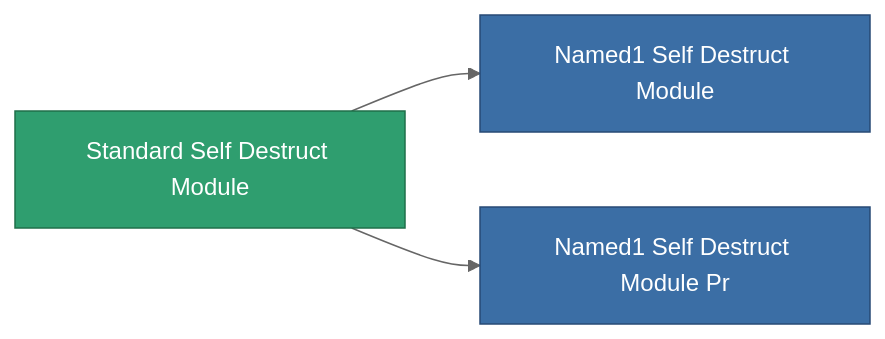
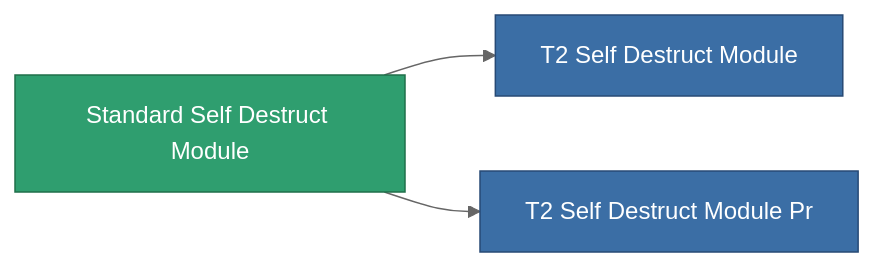
The diagram in content/content/items/standard_self_destruct_module.md (OpenPerpetuum/Wiki), drawn with Mermaid (neutral theme) before and after one commit. The commit also changed other lines of this file and 4904 other files, not shown here.

````diff
--- a/content/content/items/standard_self_destruct_module.md
+++ b/content/content/items/standard_self_destruct_module.md
@@ -57,13 +45,13 @@
 ```mermaid
 graph LR
     a["Standard Self Destruct Module"]:::current
-    b["Named1 Self Destruct Module"]:::prod
+    b["T2 Self Destruct Module"]:::prod
     a --> b
-    click b "/content/items/named1-self-destruct-module/" "Named1 Self Destruct Module"
-    c["Named1 Self Destruct Module Pr"]:::prod
+    click b "/content/items/named1-self-destruct-module/" "T2 Self Destruct Module"
+    c["T2 Self Destruct Module Pr"]:::prod
     a --> c
-    click c "/content/items/named1-self-destruct-module-pr/" "Named1 Self Destruct Module Pr"
+    click c "/content/items/named1-self-destruct-module-pr/" "T2 Self Destruct Module Pr"
     classDef current fill:#2f9e6f,stroke:#1f6f4a,color:#ffffff
     classDef prod fill:#3b6ea5,stroke:#274a75,color:#ffffff
     classDef more fill:#39445a,stroke:#54658a,color:#d5dbe8
 ```
````
